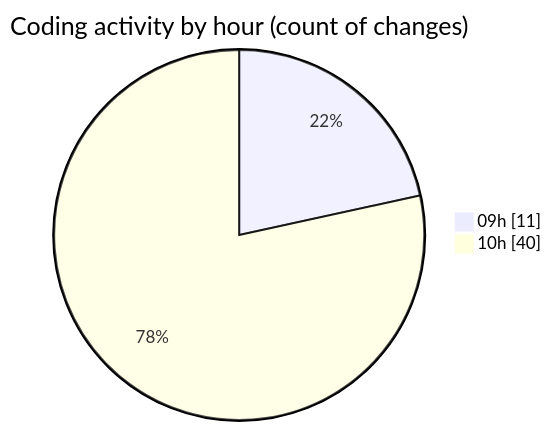
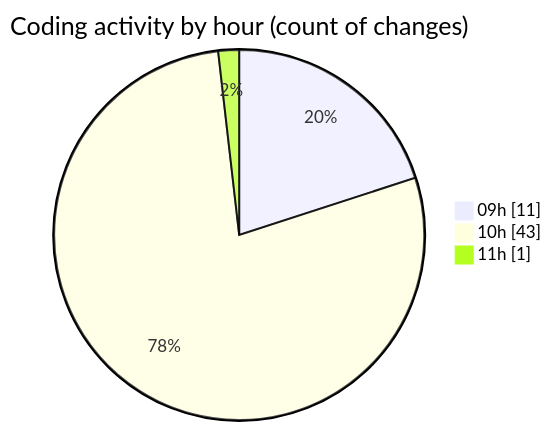
Before and after one commit to CELIANVF/code-tracking: the second of 2 diagrams in 2025-05-27/ecodeli-1/README.md, drawn with Mermaid. The commit also changed other lines of this file and 1 other file, not shown here.

````diff
--- a/2025-05-27/ecodeli-1/README.md
+++ b/2025-05-27/ecodeli-1/README.md
@@ -45,6 +45,7 @@
 ```mermaid
 pie showData
 title Coding activity by hour (count of changes)
 "09h" : 11
-"10h" : 40
+"10h" : 43
+"11h" : 1
 ```
````
